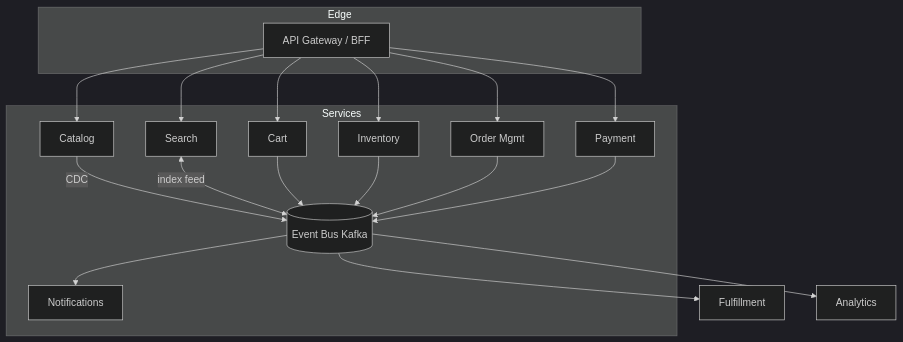
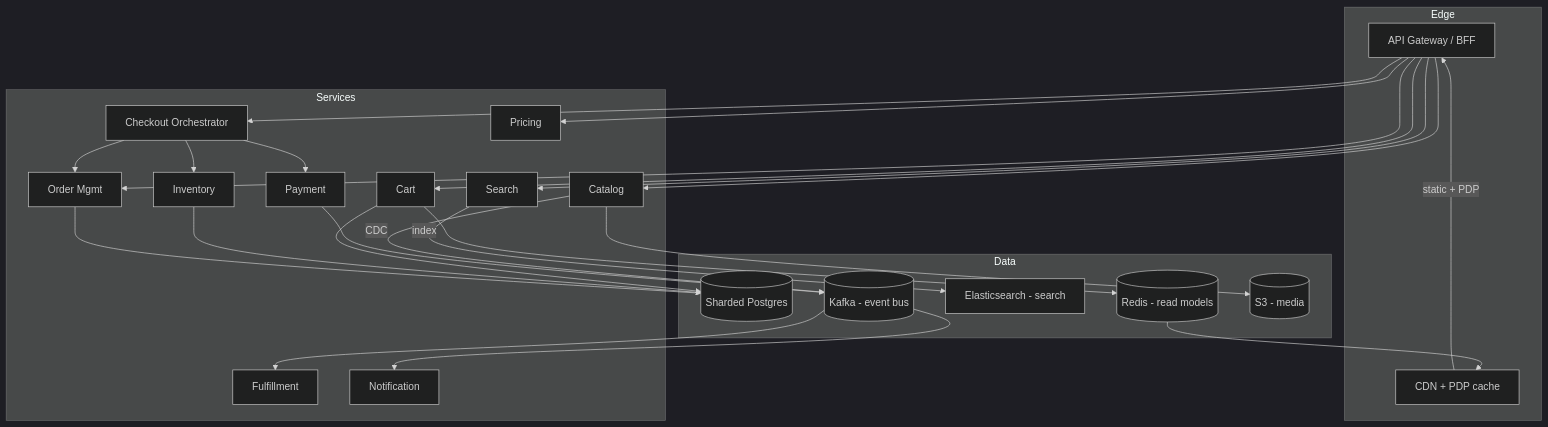
The second of 18 diagrams in docs/system-design/high-level/designing/advanced/amazon-flipkart.md (abhishekghoshh/system-design-helper), drawn with Mermaid (dark theme) before and after one commit. The commit also changed other lines of this file and 107 other files, not shown here.

````diff
--- a/docs/system-design/high-level/designing/advanced/amazon-flipkart.md
+++ b/docs/system-design/high-level/designing/advanced/amazon-flipkart.md
@@ -277,24 +200,48 @@
 ```mermaid
 flowchart TB
     subgraph Edge
         GW[API Gateway / BFF]
+        CDN[CDN + PDP cache]
     end
     subgraph Services
-        CAT[Catalog] -->|CDC| BUS[(Event Bus Kafka)]
-        SRCH[Search] <-->|index feed| BUS
-        CART[Cart] --> BUS
-        INV[Inventory] --> BUS
-        OMS[Order Mgmt] --> BUS
-        PAY[Payment] --> BUS
-        NOTIF[Notifications]
+        CAT[Catalog]
+        SRCH[Search]
+        CART[Cart]
+        CHK[Checkout Orchestrator]
+        INV[Inventory]
+        PAY[Payment]
+        OMS[Order Mgmt]
+        FUL[Fulfillment]
+        NOTIF[Notification]
+        PRIC[Pricing]
     end
-    BUS --> NOTIF
-    BUS --> FUL[Fulfillment]
-    BUS --> ANA[Analytics]
+    subgraph Data
+        RDB[(Sharded Postgres)]
+        REDIS[(Redis - read models)]
+        ES[Elasticsearch - search]
+        KAFKA[(Kafka - event bus)]
+        OBJ[(S3 - media)]
+    end
+
     GW --> CAT
     GW --> SRCH
     GW --> CART
+    GW --> CHK
+    GW --> PRIC
     GW --> OMS
-    GW --> INV
-    GW --> PAY
+    CHK --> INV
+    CHK --> PAY
+    CHK --> OMS
+    CAT -->|CDC| KAFKA
+    SRCH -->|index| ES
+    CART --> RDB
+    CART --> REDIS
+    INV --> RDB
+    OMS --> RDB
+    PAY --> KAFKA
+    KAFKA --> FUL
+    KAFKA --> NOTIF
+    CAT --> OBJ
+    CDN -->|static + PDP| GW
+    REDIS --> CDN
 ```
````
